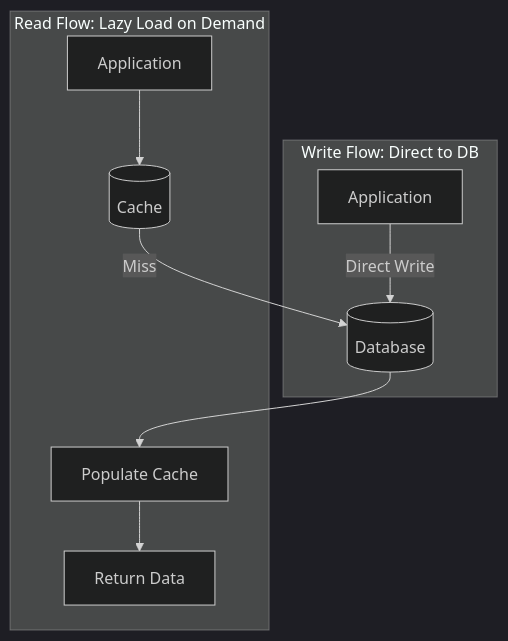
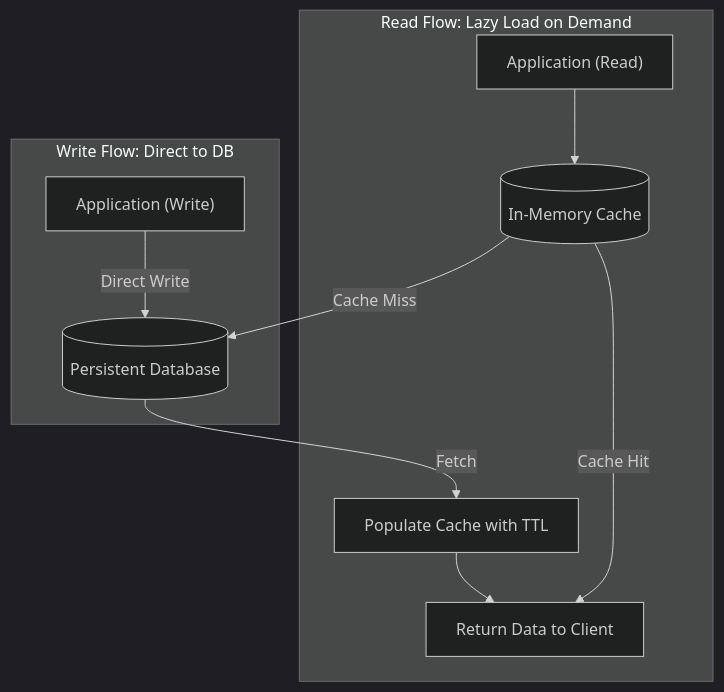
Before and after one commit to Sujalkathait/high-level-design: the sixth of 6 diagrams in 05-caching/caching-strategies.md, drawn with Mermaid (dark theme). The commit also changed other lines of this file and 4 other files, not shown here.

Commit message:
fix(caching): fix all mermaid diagram syntax, quoting, and formatting across caching docs

````diff
--- a/05-caching/caching-strategies.md
+++ b/05-caching/caching-strategies.md
@@ -168,13 +168,14 @@
 ```mermaid
 flowchart TD
     subgraph Write_Flow ["Write Flow: Direct to DB"]
-        AppW[Application] -->|Direct Write| DB[("Database")]
+        AppW["Application (Write)"] -->|"Direct Write"| DB[("Persistent Database")]
     end
 
     subgraph Read_Flow ["Read Flow: Lazy Load on Demand"]
-        AppR[Application] --> Cache[("Cache")]
-        Cache -->|Miss| DB
-        DB --> Pop[Populate Cache]
-        Pop --> Return[Return Data]
+        AppR["Application (Read)"] --> Cache[("In-Memory Cache")]
+        Cache -->|"Cache Miss"| DB
+        DB -->|"Fetch"| Pop["Populate Cache with TTL"]
+        Pop --> ReturnData["Return Data to Client"]
+        Cache -->|"Cache Hit"| ReturnData
     end
 ```
````
